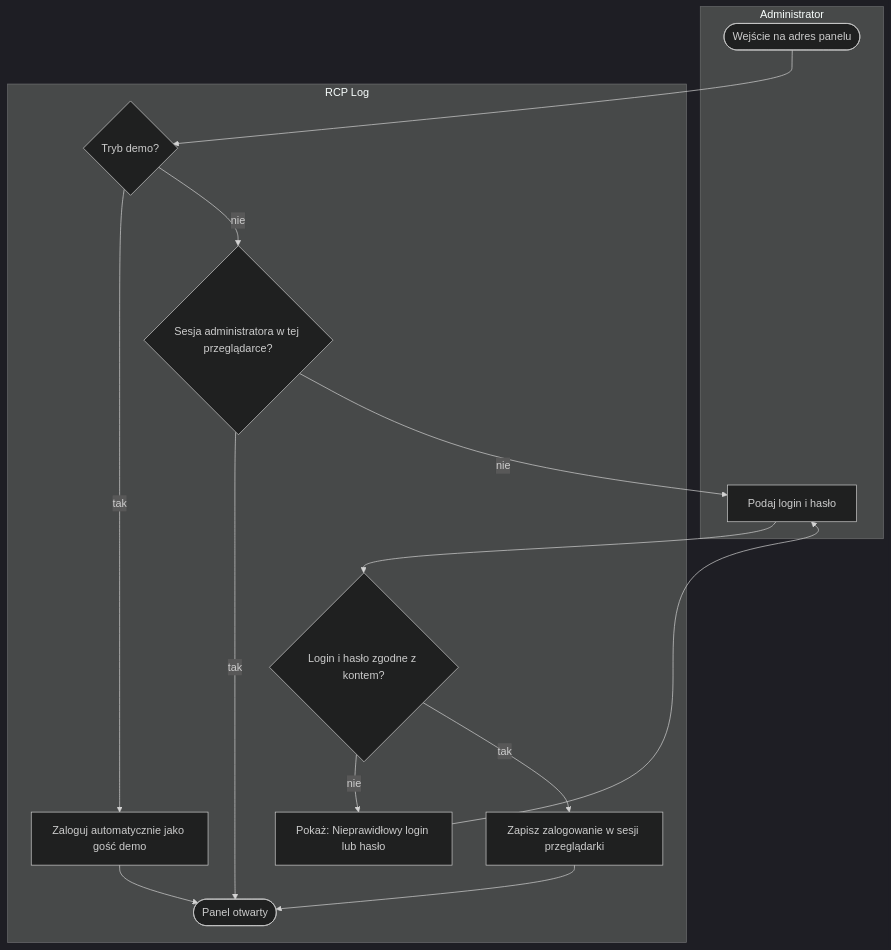
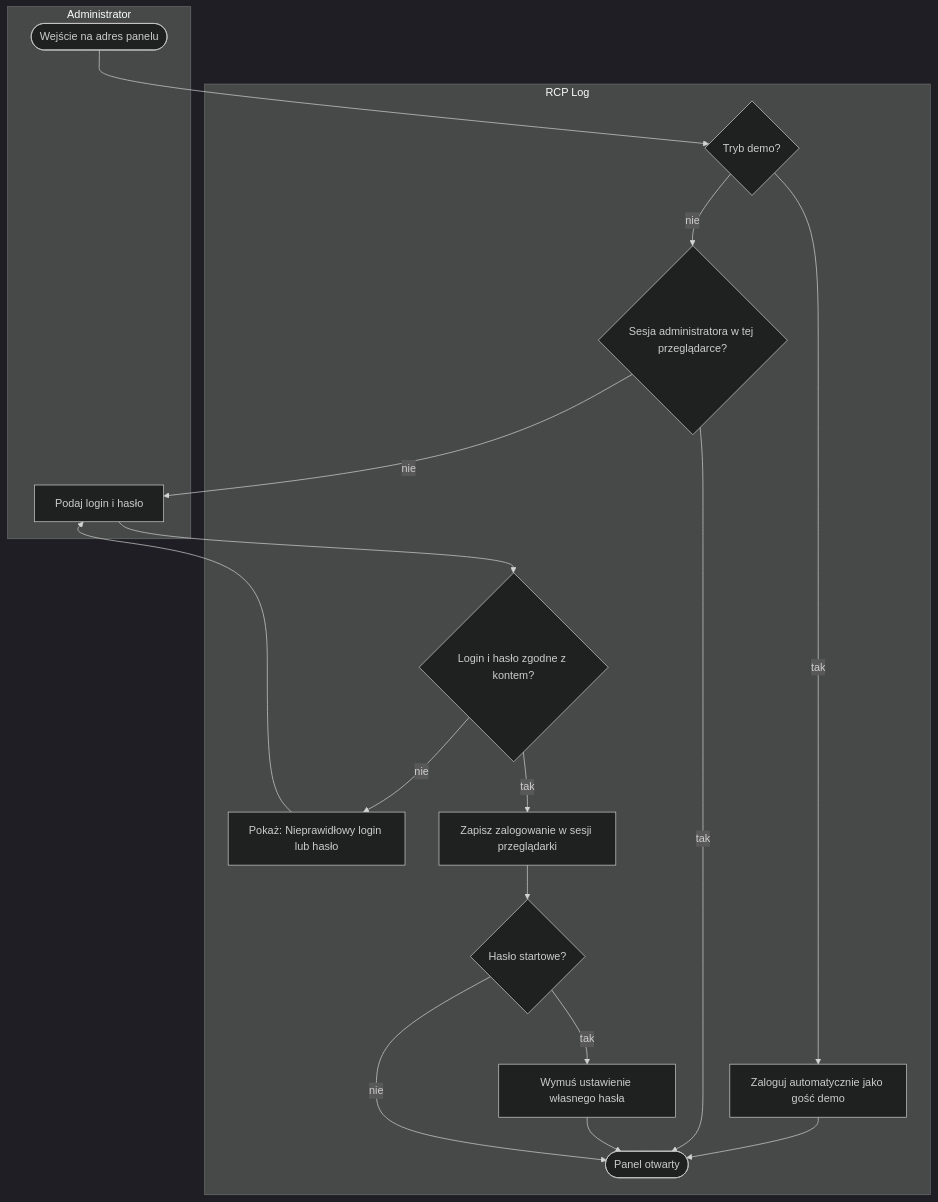
One commit to TomaszWu14/rcp-log-public changed the second of 4 diagrams in docs/01-procesy/P6-slowniki-i-konfiguracja.md. Above: the diagram before and after it, drawn with Mermaid (dark theme). The commit also changed other lines of this file and 30 other files, not shown here.

First line of the commit message:
security: klucz sesji wymagany poza demo, hasło startowe z env i wymuszona zmiana (US-001)

````diff
--- a/docs/01-procesy/P6-slowniki-i-konfiguracja.md
+++ b/docs/01-procesy/P6-slowniki-i-konfiguracja.md
@@ -60,23 +60,27 @@
 ```mermaid
 flowchart TD
     subgraph ADM["Administrator"]
         S1(["Wejście na adres panelu"])
         A1["Podaj login i hasło"]
     end
     subgraph SYS["RCP Log"]
         G0{"Tryb demo?"}
         A0["Zaloguj automatycznie jako gość demo"]
         G1{"Sesja administratora w tej przeglądarce?"}
         G2{"Login i hasło zgodne z kontem?"}
         A2["Pokaż: Nieprawidłowy login lub hasło"]
         A3["Zapisz zalogowanie w sesji przeglądarki"]
+        G3{"Hasło startowe?"}
+        A4["Wymuś ustawienie własnego hasła"]
         E1(["Panel otwarty"])
     end
     S1 --> G0
     G0 -->|"tak"| A0 --> E1
     G0 -->|"nie"| G1
     G1 -->|"tak"| E1
     G1 -->|"nie"| A1 --> G2
     G2 -->|"nie"| A2 --> A1
-    G2 -->|"tak"| A3 --> E1
+    G2 -->|"tak"| A3 --> G3
+    G3 -->|"tak"| A4 --> E1
+    G3 -->|"nie"| E1
 ```
````
